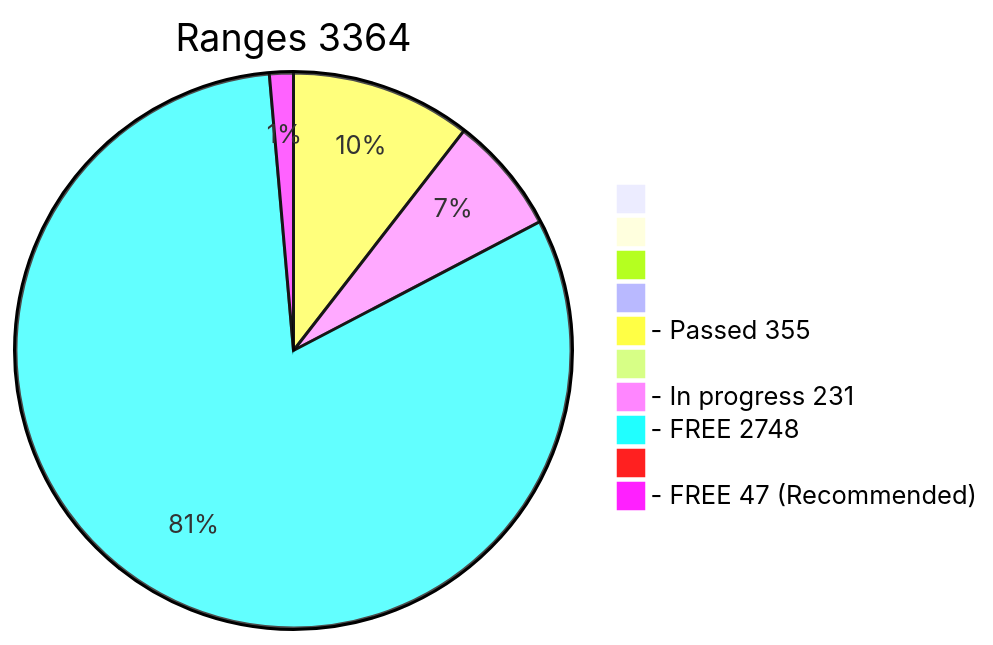
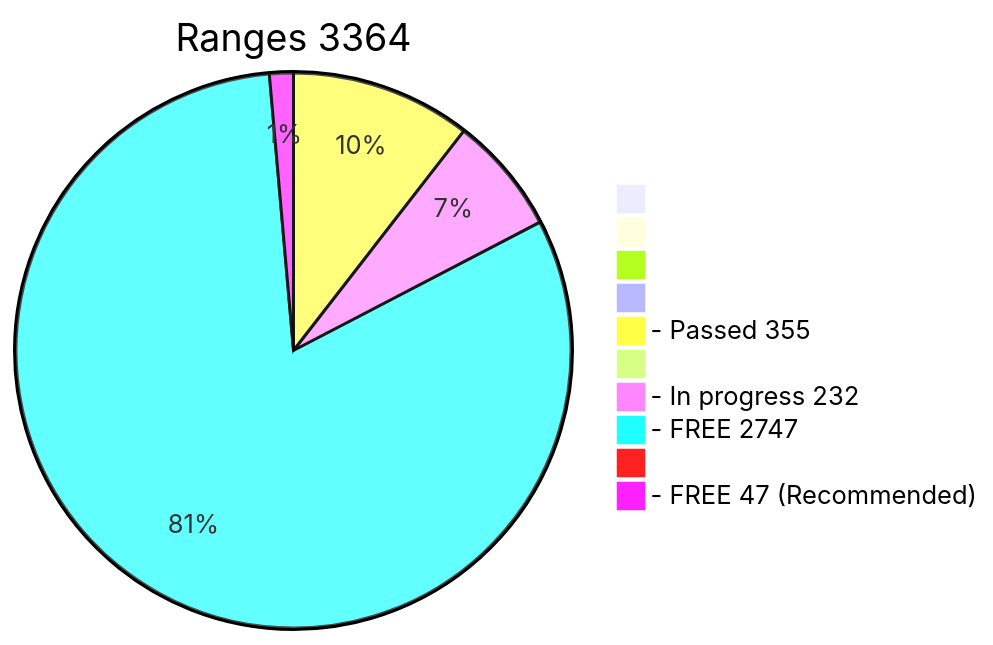
The diagram in x64/Release/table.md (phrutis/wif500), drawn with Mermaid before and after one commit. The commit also changed other lines of this file, not shown here.

````diff
--- a/x64/Release/table.md
+++ b/x64/Release/table.md
@@ -2,13 +2,13 @@
 ```mermaid
 pie title Ranges 3364
   " " : 0
   "  " : 0
   "   " : 0
   "    " : 0
   "- Passed 355" : 355
   "     " : 0
-  "- In progress 231" : 231
-  "- FREE 2748" : 2748
+  "- In progress 232" : 232
+  "- FREE 2747" : 2747
   "      " : 0
   "- FREE 47 (Recommended)" : 47
 ```
````
